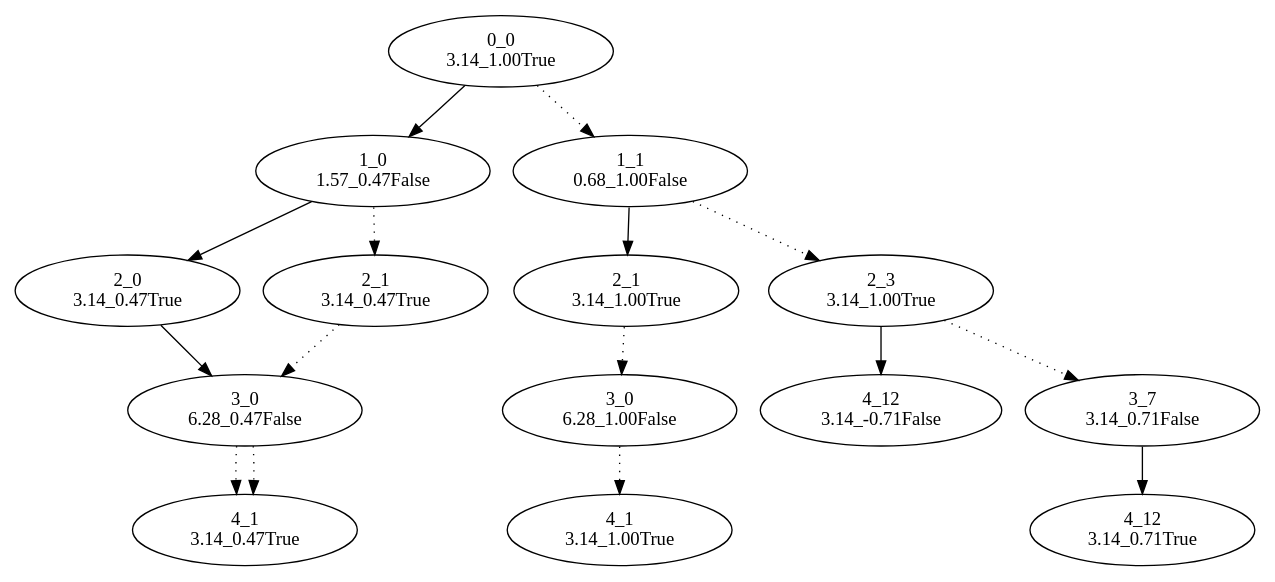
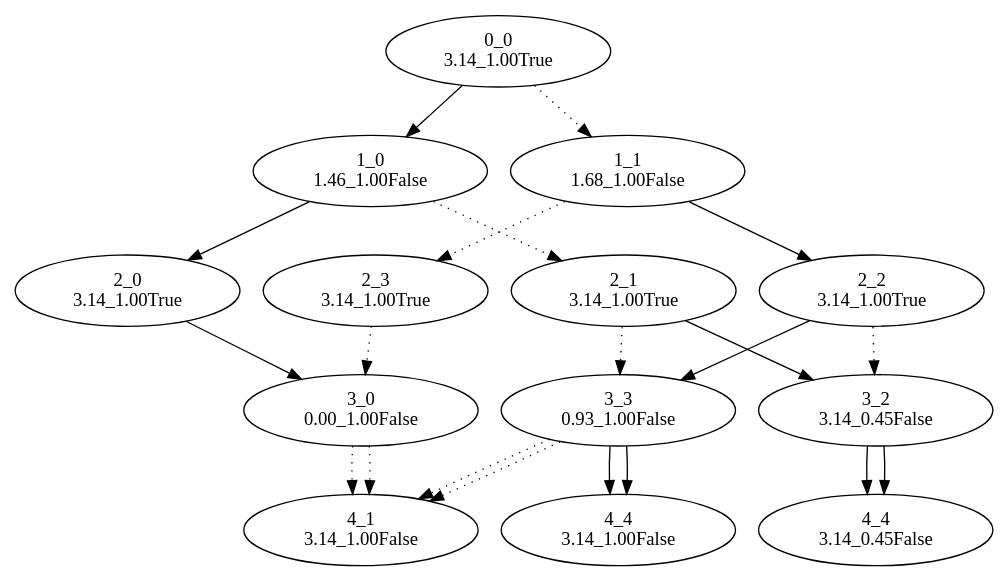
Before and after one commit to Jeff848/column_block_encoding: the diagram in angle_digraph.dot, drawn with Graphviz. The commit also changed other lines of this file and 7 other files, not shown here.

```diff
--- a/angle_digraph.dot
+++ b/angle_digraph.dot
@@ -1,79 +1,104 @@
 digraph {
 	"0_0
 3.14_1.00True"
 	"1_0
-1.57_0.47False"
+1.46_1.00False"
 	"0_0
 3.14_1.00True" -> "1_0
-1.57_0.47False"
+1.46_1.00False"
 	"2_0
-3.14_0.47True"
+3.14_1.00True"
 	"1_0
-1.57_0.47False" -> "2_0
-3.14_0.47True"
+1.46_1.00False" -> "2_0
+3.14_1.00True"
 	"3_0
-6.28_0.47False"
+0.00_1.00False"
 	"2_0
-3.14_0.47True" -> "3_0
-6.28_0.47False"
+3.14_1.00True" -> "3_0
+0.00_1.00False"
 	"4_1
-3.14_0.47True"
+3.14_1.00False"
 	"3_0
-6.28_0.47False" -> "4_1
-3.14_0.47True" [style=dotted]
+0.00_1.00False" -> "4_1
+3.14_1.00False" [style=dotted]
 	"2_1
-3.14_0.47True"
+3.14_1.00True"
 	"1_0
-1.57_0.47False" -> "2_1
-3.14_0.47True" [style=dotted]
-	"3_0
-6.28_0.47False"
+1.46_1.00False" -> "2_1
+3.14_1.00True" [style=dotted]
+	"3_2
+3.14_0.45False"
 	"2_1
-3.14_0.47True" -> "3_0
-6.28_0.47False" [style=dotted]
+3.14_1.00True" -> "3_2
+3.14_0.45False"
+	"4_4
+3.14_0.45False"
+	"3_2
+3.14_0.45False" -> "4_4
+3.14_0.45False"
+	"3_3
+0.93_1.00False"
+	"2_1
+3.14_1.00True" -> "3_3
+0.93_1.00False" [style=dotted]
+	"4_4
+3.14_1.00False"
+	"3_3
+0.93_1.00False" -> "4_4
+3.14_1.00False"
 	"4_1
-3.14_0.47True"
-	"3_0
-6.28_0.47False" -> "4_1
-3.14_0.47True" [style=dotted]
+3.14_1.00False"
+	"3_3
+0.93_1.00False" -> "4_1
+3.14_1.00False" [style=dotted]
 	"1_1
-0.68_1.00False"
+1.68_1.00False"
 	"0_0
 3.14_1.00True" -> "1_1
-0.68_1.00False" [style=dotted]
-	"2_1
+1.68_1.00False" [style=dotted]
+	"2_2
 3.14_1.00True"
 	"1_1
-0.68_1.00False" -> "2_1
+1.68_1.00False" -> "2_2
 3.14_1.00True"
-	"3_0
-6.28_1.00False"
-	"2_1
-3.14_1.00True" -> "3_0
-6.28_1.00False" [style=dotted]
+	"3_3
+0.93_1.00False"
+	"2_2
+3.14_1.00True" -> "3_3
+0.93_1.00False"
+	"4_4
+3.14_1.00False"
+	"3_3
+0.93_1.00False" -> "4_4
+3.14_1.00False"
 	"4_1
-3.14_1.00True"
-	"3_0
-6.28_1.00False" -> "4_1
-3.14_1.00True" [style=dotted]
+3.14_1.00False"
+	"3_3
+0.93_1.00False" -> "4_1
+3.14_1.00False" [style=dotted]
+	"3_2
+3.14_0.45False"
+	"2_2
+3.14_1.00True" -> "3_2
+3.14_0.45False" [style=dotted]
+	"4_4
+3.14_0.45False"
+	"3_2
+3.14_0.45False" -> "4_4
+3.14_0.45False"
 	"2_3
 3.14_1.00True"
 	"1_1
-0.68_1.00False" -> "2_3
+1.68_1.00False" -> "2_3
 3.14_1.00True" [style=dotted]
-	"4_12
-3.14_-0.71False"
+	"3_0
+0.00_1.00False"
 	"2_3
-3.14_1.00True" -> "4_12
-3.14_-0.71False"
-	"3_7
-3.14_0.71False"
-	"2_3
-3.14_1.00True" -> "3_7
-3.14_0.71False" [style=dotted]
-	"4_12
-3.14_0.71True"
-	"3_7
-3.14_0.71False" -> "4_12
-3.14_0.71True"
+3.14_1.00True" -> "3_0
+0.00_1.00False" [style=dotted]
+	"4_1
+3.14_1.00False"
+	"3_0
+0.00_1.00False" -> "4_1
+3.14_1.00False" [style=dotted]
 }
```
